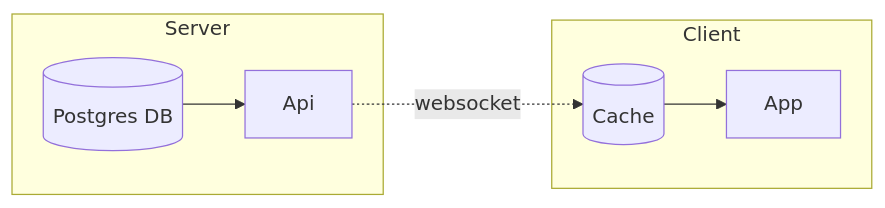
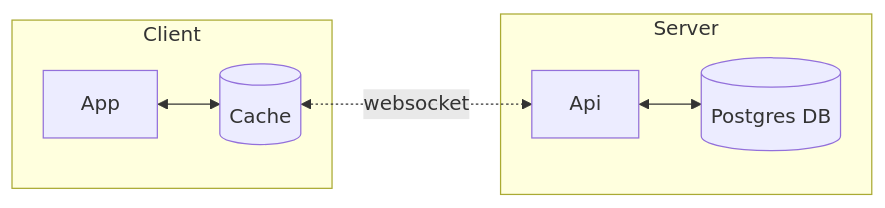
The first of 4 diagrams in docs/internal-overview.md (lightningdatabase/lightningdb), drawn with Mermaid before and after one commit. The commit also changed other lines of this file and 5 other files, not shown here.

````diff
--- a/docs/internal-overview.md
+++ b/docs/internal-overview.md
@@ -5,10 +5,10 @@
 ```mermaid
 graph LR;
+subgraph Client
+App<-->Cache[(Cache)]
+end
 subgraph Server
-DB[(Postgres DB)]-->Api
+Api<-->DB[(Postgres DB)]
 end
-subgraph Client
-Cache-->App
-end
-Api-.->|websocket|Cache[(Cache)]
+Cache<-.->|websocket|Api
 ```
````
